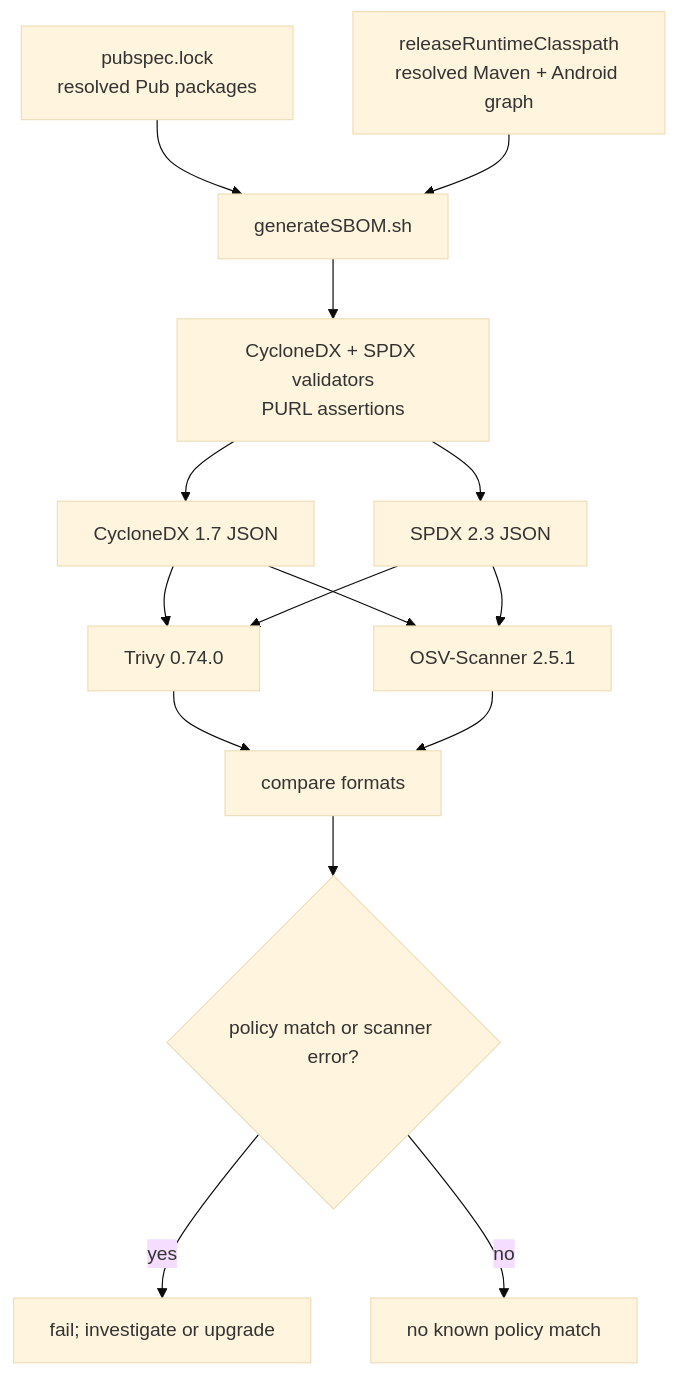
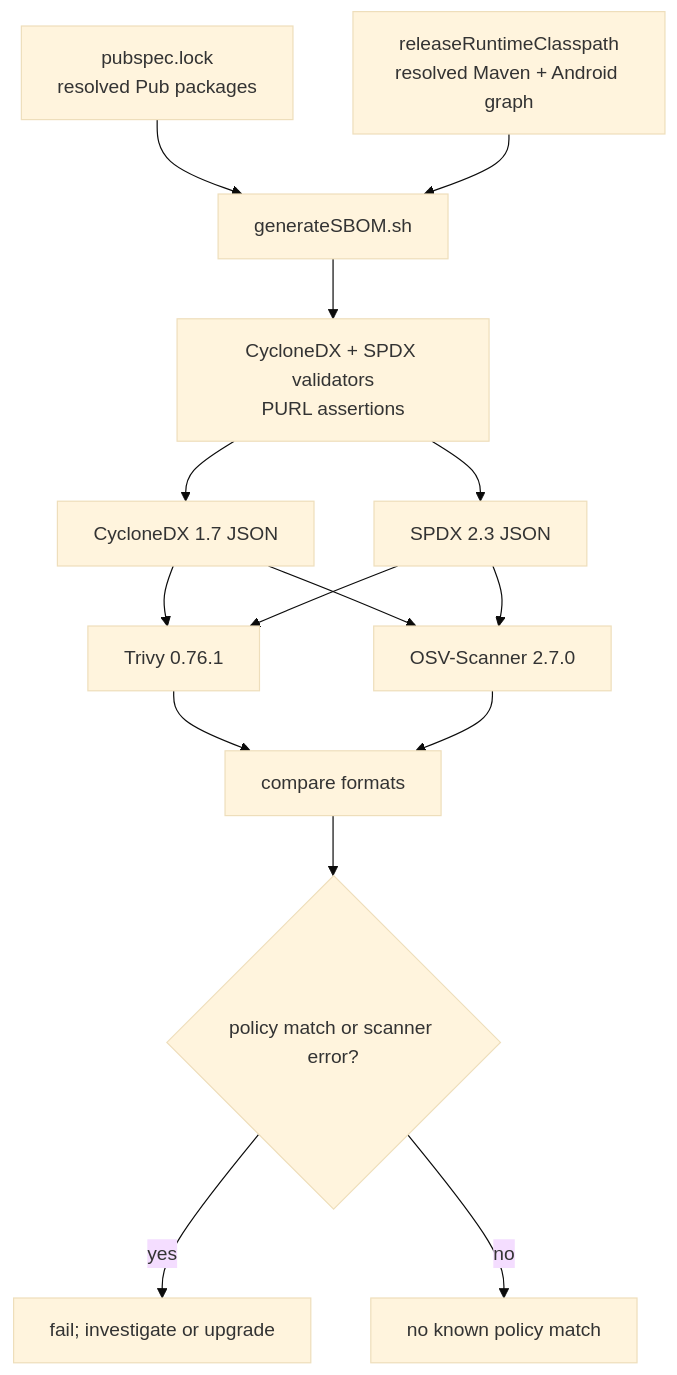
One commit to marcelpetrick/CroLingo changed the second of 3 diagrams in docs/cveCheck.md. Above: the diagram before and after it, drawn with Mermaid (base theme). The commit also changed other lines of this file and 17 other files, not shown here.

````diff
--- a/docs/cveCheck.md
+++ b/docs/cveCheck.md
@@ -155,17 +155,17 @@
 ```mermaid
 flowchart TB
   Lock["pubspec.lock\nresolved Pub packages"] --> Generator["generateSBOM.sh"]
   Gradle["releaseRuntimeClasspath\nresolved Maven + Android graph"] --> Generator
   Generator --> Validate["CycloneDX + SPDX validators\nPURL assertions"]
   Validate --> CDX["CycloneDX 1.7 JSON"]
   Validate --> SPDX["SPDX 2.3 JSON"]
-  CDX --> Trivy["Trivy 0.74.0"]
+  CDX --> Trivy["Trivy 0.76.1"]
   SPDX --> Trivy
-  CDX --> OSV["OSV-Scanner 2.5.1"]
+  CDX --> OSV["OSV-Scanner 2.7.0"]
   SPDX --> OSV
   Trivy --> Compare["compare formats"]
   OSV --> Compare
   Compare --> Gate{"policy match or scanner error?"}
   Gate -->|"yes"| Fail["fail; investigate or upgrade"]
   Gate -->|"no"| Pass["no known policy match"]
 ```
````
